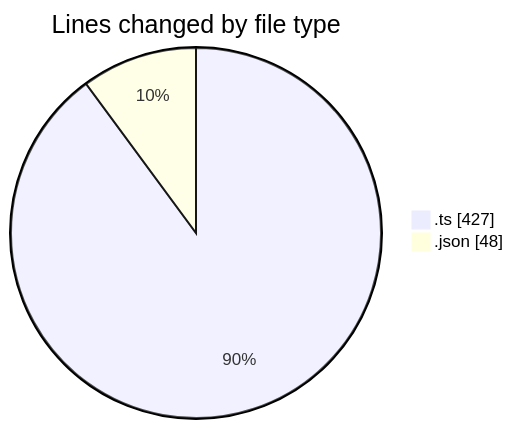
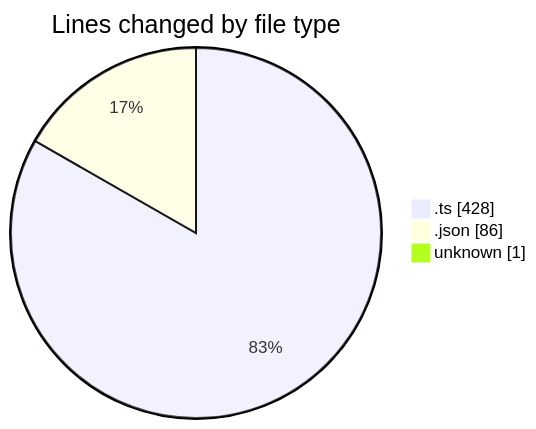
Before and after one commit to EIIisD/code-tracking: the first of 2 diagrams in 2025-08-24/chatgpt-extension/README.md, drawn with Mermaid. The commit also changed other lines of this file and 1 other file, not shown here.

````diff
--- a/2025-08-24/chatgpt-extension/README.md
+++ b/2025-08-24/chatgpt-extension/README.md
@@ -22,6 +24,7 @@
 ```mermaid
 pie showData
 title Lines changed by file type
-".ts" : 427
-".json" : 48
+".ts" : 428
+".json" : 86
+"unknown" : 1
 ```
````
